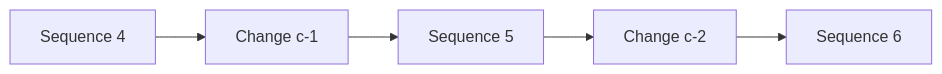
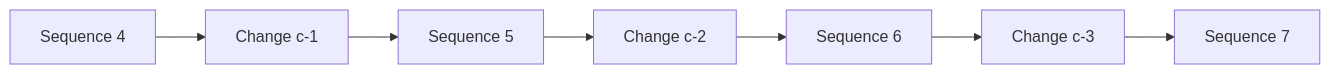
The second of 18 diagrams in spec/sync.md (orblivion/lbry-wallet-sync-draft), drawn with Mermaid before and after one commit. The commit also changed other lines of this file, not shown here.

````diff
--- a/spec/sync.md
+++ b/spec/sync.md
@@ -57,13 +65,12 @@
 ```mermaid
   flowchart LR
     s4[Sequence 4]
     s5[Sequence 5]
     s6[Sequence 6]
+    s7[Sequence 7]
     c1[Change c-1]
     c2[Change c-2]
+    c3[Change c-3]
 
-    s4 --> c1
-    c1 --> s5
-    s5 --> c2
-    c2 --> s6
+    s4 --> c1 --> s5 --> c2 --> s6 --> c3 --> s7
 ```
````
